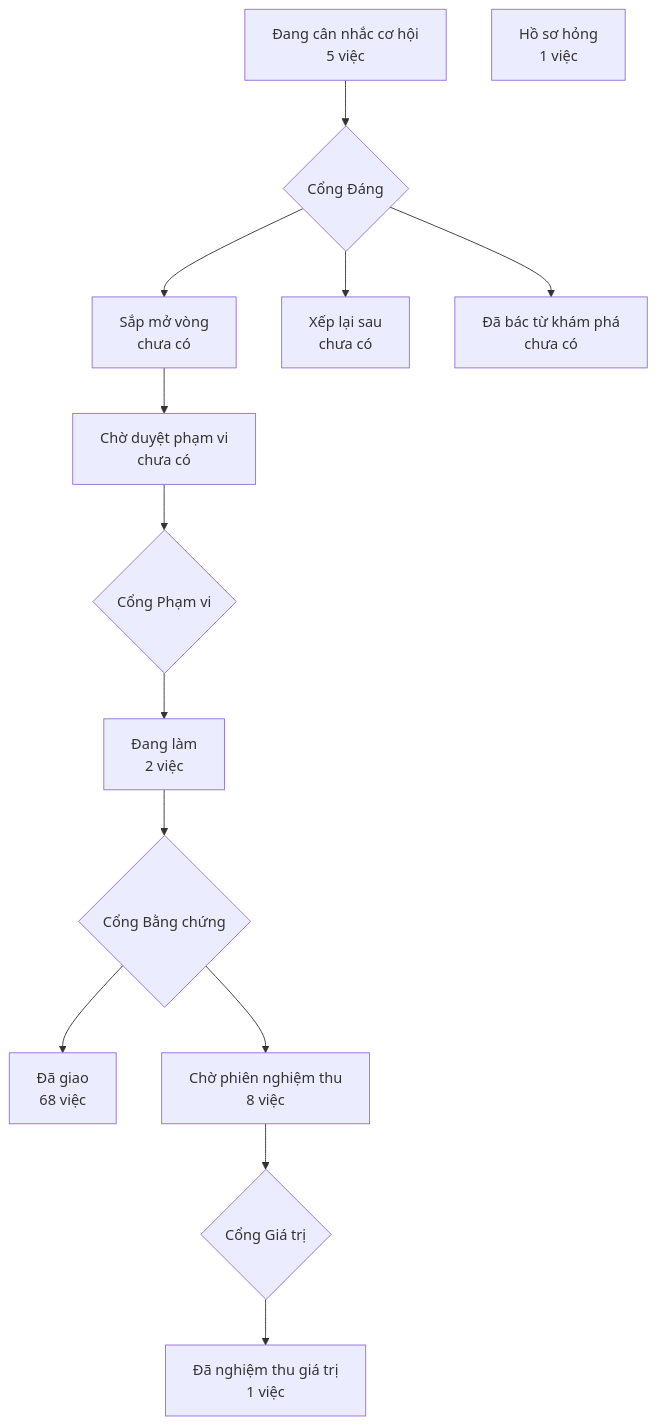
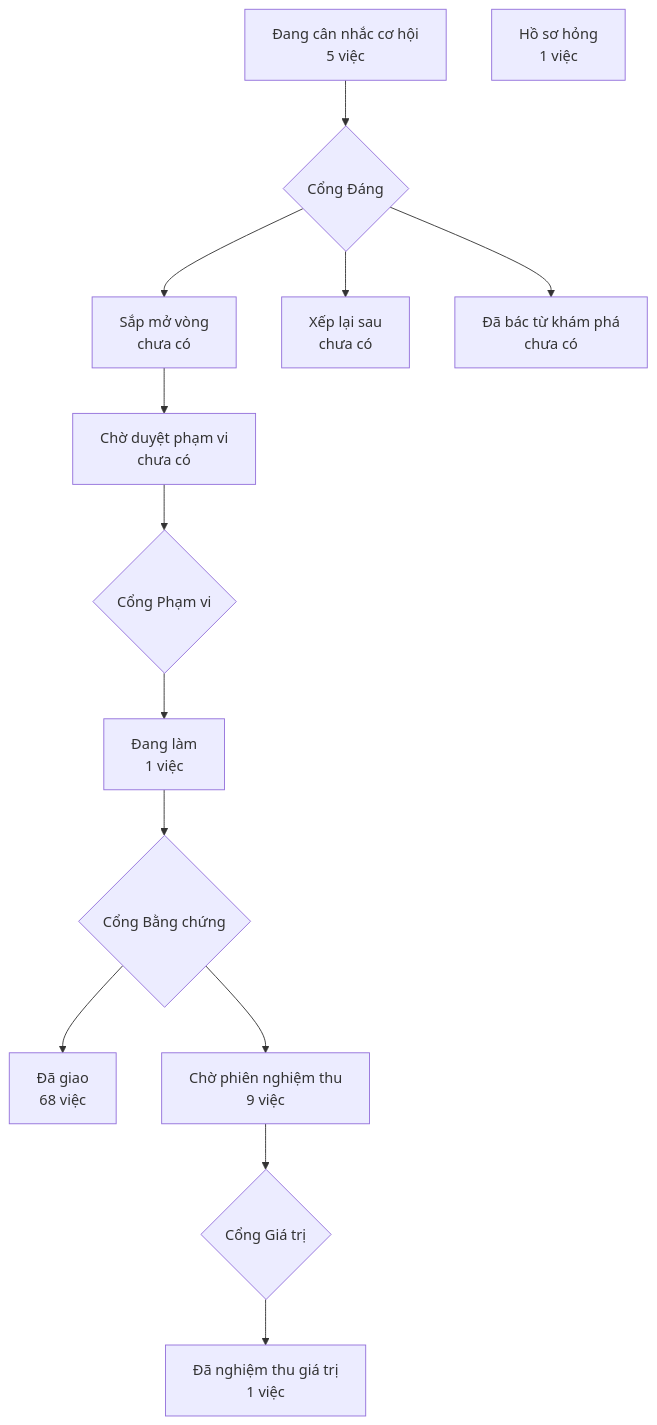
One commit to phanlemanh/crm-onehub changed the diagram in PRODUCT-MAP.md. Above: the diagram before and after it, drawn with Mermaid. The commit also changed 3 other files, not shown here.

````diff
--- a/PRODUCT-MAP.md
+++ b/PRODUCT-MAP.md
@@ -6,13 +6,13 @@
 ```mermaid
 flowchart TD
   A["Đang cân nhắc cơ hội<br/>5 việc"] --> GD{"Cổng Đáng"}
   GD --> B["Sắp mở vòng<br/>chưa có"]
   GD --> XL["Xếp lại sau<br/>chưa có"]
   GD --> DB["Đã bác từ khám phá<br/>chưa có"]
   B --> CD["Chờ duyệt phạm vi<br/>chưa có"] --> GP{"Cổng Phạm vi"}
-  GP --> DL["Đang làm<br/>2 việc"] --> GB{"Cổng Bằng chứng"}
+  GP --> DL["Đang làm<br/>1 việc"] --> GB{"Cổng Bằng chứng"}
   GB --> DG["Đã giao<br/>68 việc"]
-  GB --> CN["Chờ phiên nghiệm thu<br/>8 việc"] --> GG{"Cổng Giá trị"}
+  GB --> CN["Chờ phiên nghiệm thu<br/>9 việc"] --> GG{"Cổng Giá trị"}
   GG --> NT["Đã nghiệm thu giá trị<br/>1 việc"]
   HS["Hồ sơ hỏng<br/>1 việc"]
 ```
````
